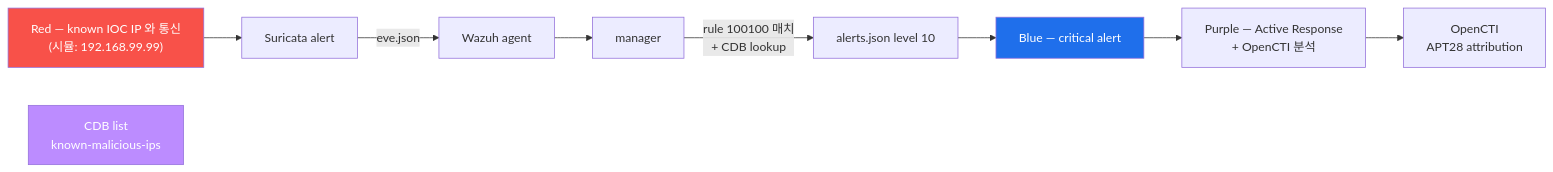
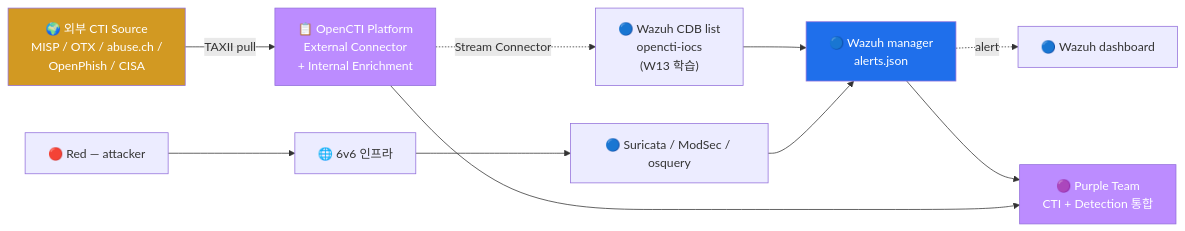
The diagram in contents/standalone/lecture/secuops/week12.md (mrgrit/ccc), drawn with Mermaid before and after one commit. The commit also changed other lines of this file, not shown here.

First line of the commit message:
docs(standalone): secuops W12 학생용 교안 전면 재작성 (OpenCTI 개론)

````diff
--- a/contents/standalone/lecture/secuops/week12.md
+++ b/contents/standalone/lecture/secuops/week12.md
@@ -286,16 +524,29 @@
 ```mermaid
 graph LR
-    R["Red — known IOC IP 와 통신<br/>(시뮬: 192.168.99.99)"] --> SURI
-    SURI[Suricata alert]
-    SURI -->|eve.json| AGT[Wazuh agent]
-    AGT --> MGR[manager]
-    CDB["CDB list<br/>known-malicious-ips"]
-    MGR -->|rule 100100 매치<br/>+ CDB lookup| ALERTS[alerts.json level 10]
-    ALERTS --> B[Blue — critical alert]
-    B --> P[Purple — Active Response<br/>+ OpenCTI 분석]
-    OPENCTI[OpenCTI<br/>APT28 attribution]
-    P --> OPENCTI
-    style R fill:#f85149,color:#fff
-    style CDB fill:#bc8cff,color:#fff
-    style B fill:#1f6feb,color:#fff
+    EXT["🌍 외부 CTI Source<br/>MISP / OTX / abuse.ch /<br/>OpenPhish / CISA"]
+    OC["📋 OpenCTI Platform<br/>External Connector<br/>+ Internal Enrichment"]
+
+    CDB["🔵 Wazuh CDB list<br/>opencti-iocs<br/>(W13 학습)"]
+    WZ["🔵 Wazuh manager<br/>alerts.json"]
+    DBSH["🔵 Wazuh dashboard"]
+
+    R["🔴 Red — attacker"]
+    INF["🌐 6v6 인프라"]
+    SUR["🔵 Suricata / ModSec / osquery"]
+
+    P["🟣 Purple Team<br/>CTI + Detection 통합"]
+
+    EXT -->|TAXII pull| OC
+    OC -.->|Stream Connector| CDB
+    CDB --> WZ
+
+    R --> INF --> SUR --> WZ
+    WZ -.->|alert| DBSH
+    WZ --> P
+    OC --> P
+
+    style EXT fill:#d29922,color:#fff
+    style OC fill:#bc8cff,color:#fff
+    style WZ fill:#1f6feb,color:#fff
+    style P fill:#bc8cff,color:#fff
 ```
````
